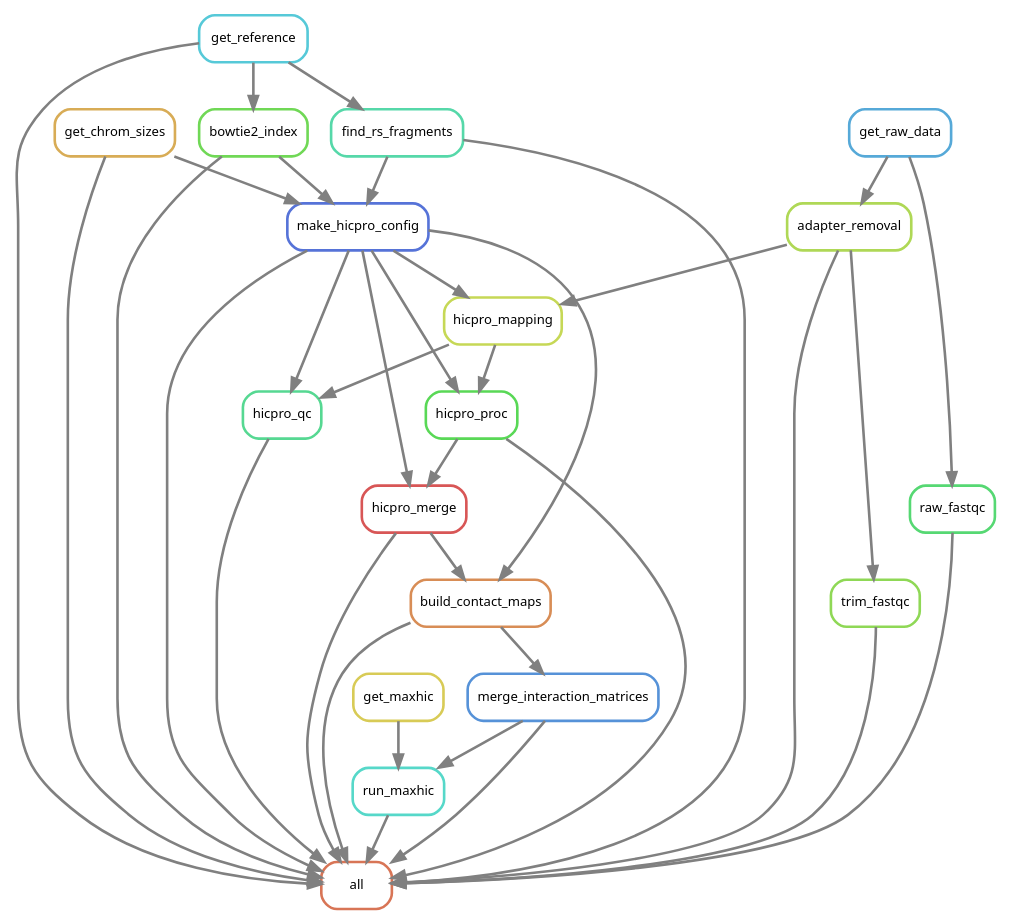
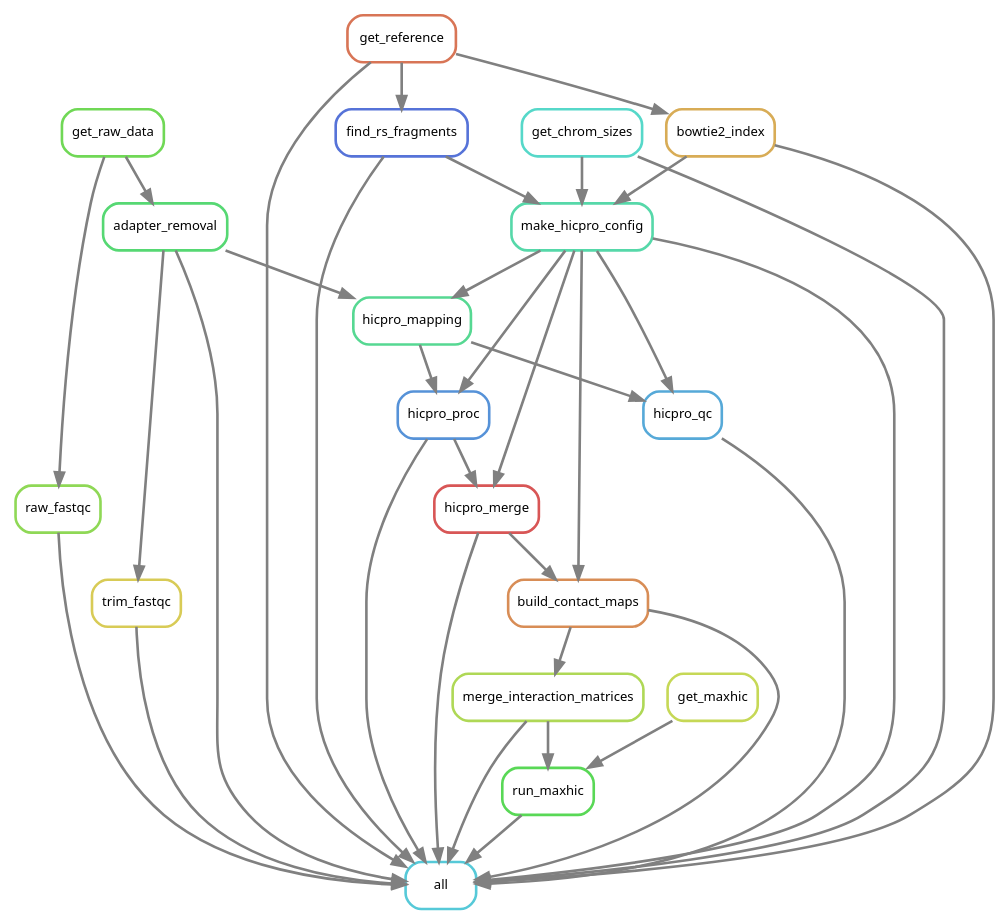
One commit to DRMCRL/ENCODE_T47D_HiC_ENCSR549MGQ changed the diagram in output/rulegraph.dot. Above: the diagram before and after it, drawn with Graphviz. The commit also changed 9 other files, not shown here.

```diff
--- a/output/rulegraph.dot
+++ b/output/rulegraph.dot
@@ -1,58 +1,58 @@
 digraph snakemake_dag {
     graph[bgcolor=white, margin=0];
     node[shape=box, style=rounded, fontname=sans,                 fontsize=10, penwidth=2];
     edge[penwidth=2, color=grey];
-	0[label = "all", color = "0.04 0.6 0.85", style="rounded"];
-	1[label = "merge_interaction_matrices", color = "0.59 0.6 0.85", style="rounded"];
-	2[label = "raw_fastqc", color = "0.37 0.6 0.85", style="rounded"];
-	3[label = "build_contact_maps", color = "0.07 0.6 0.85", style="rounded"];
-	4[label = "adapter_removal", color = "0.22 0.6 0.85", style="rounded"];
-	5[label = "bowtie2_index", color = "0.30 0.6 0.85", style="rounded"];
-	6[label = "make_hicpro_config", color = "0.63 0.6 0.85", style="rounded"];
-	7[label = "trim_fastqc", color = "0.26 0.6 0.85", style="rounded"];
-	8[label = "run_maxhic", color = "0.48 0.6 0.85", style="rounded"];
-	9[label = "hicpro_merge", color = "0.00 0.6 0.85", style="rounded"];
-	10[label = "get_chrom_sizes", color = "0.11 0.6 0.85", style="rounded"];
-	11[label = "get_reference", color = "0.52 0.6 0.85", style="rounded"];
-	12[label = "find_rs_fragments", color = "0.44 0.6 0.85", style="rounded"];
-	13[label = "hicpro_qc", color = "0.41 0.6 0.85", style="rounded"];
-	14[label = "hicpro_proc", color = "0.33 0.6 0.85", style="rounded"];
-	15[label = "get_raw_data", color = "0.56 0.6 0.85", style="rounded"];
-	16[label = "get_maxhic", color = "0.15 0.6 0.85", style="rounded"];
-	17[label = "hicpro_mapping", color = "0.19 0.6 0.85", style="rounded"];
+	0[label = "all", color = "0.52 0.6 0.85", style="rounded"];
+	1[label = "adapter_removal", color = "0.37 0.6 0.85", style="rounded"];
+	2[label = "build_contact_maps", color = "0.07 0.6 0.85", style="rounded"];
+	3[label = "find_rs_fragments", color = "0.63 0.6 0.85", style="rounded"];
+	4[label = "make_hicpro_config", color = "0.44 0.6 0.85", style="rounded"];
+	5[label = "raw_fastqc", color = "0.26 0.6 0.85", style="rounded"];
+	6[label = "run_maxhic", color = "0.33 0.6 0.85", style="rounded"];
+	7[label = "get_reference", color = "0.04 0.6 0.85", style="rounded"];
+	8[label = "hicpro_merge", color = "0.00 0.6 0.85", style="rounded"];
+	9[label = "merge_interaction_matrices", color = "0.22 0.6 0.85", style="rounded"];
+	10[label = "trim_fastqc", color = "0.15 0.6 0.85", style="rounded"];
+	11[label = "bowtie2_index", color = "0.11 0.6 0.85", style="rounded"];
+	12[label = "hicpro_proc", color = "0.59 0.6 0.85", style="rounded"];
+	13[label = "hicpro_qc", color = "0.56 0.6 0.85", style="rounded"];
+	14[label = "get_chrom_sizes", color = "0.48 0.6 0.85", style="rounded"];
+	15[label = "get_raw_data", color = "0.30 0.6 0.85", style="rounded"];
+	16[label = "get_maxhic", color = "0.19 0.6 0.85", style="rounded"];
+	17[label = "hicpro_mapping", color = "0.41 0.6 0.85", style="rounded"];
+	2 -> 0
+	7 -> 0
+	8 -> 0
+	10 -> 0
+	11 -> 0
 	9 -> 0
-	10 -> 0
+	5 -> 0
+	6 -> 0
+	1 -> 0
 	4 -> 0
-	7 -> 0
-	5 -> 0
-	11 -> 0
-	2 -> 0
-	8 -> 0
+	14 -> 0
+	13 -> 0
 	12 -> 0
-	14 -> 0
 	3 -> 0
-	13 -> 0
-	1 -> 0
-	6 -> 0
-	3 -> 1
-	15 -> 2
-	9 -> 3
-	6 -> 3
-	15 -> 4
-	11 -> 5
-	12 -> 6
-	10 -> 6
-	5 -> 6
-	4 -> 7
-	1 -> 8
-	16 -> 8
-	6 -> 9
-	14 -> 9
-	11 -> 12
+	15 -> 1
+	8 -> 2
+	4 -> 2
+	7 -> 3
+	14 -> 4
+	11 -> 4
+	3 -> 4
+	15 -> 5
+	16 -> 6
+	9 -> 6
+	4 -> 8
+	12 -> 8
+	2 -> 9
+	1 -> 10
+	7 -> 11
+	4 -> 12
+	17 -> 12
+	4 -> 13
 	17 -> 13
-	6 -> 13
-	17 -> 14
-	6 -> 14
 	4 -> 17
-	6 -> 17
+	1 -> 17
 }            
```
